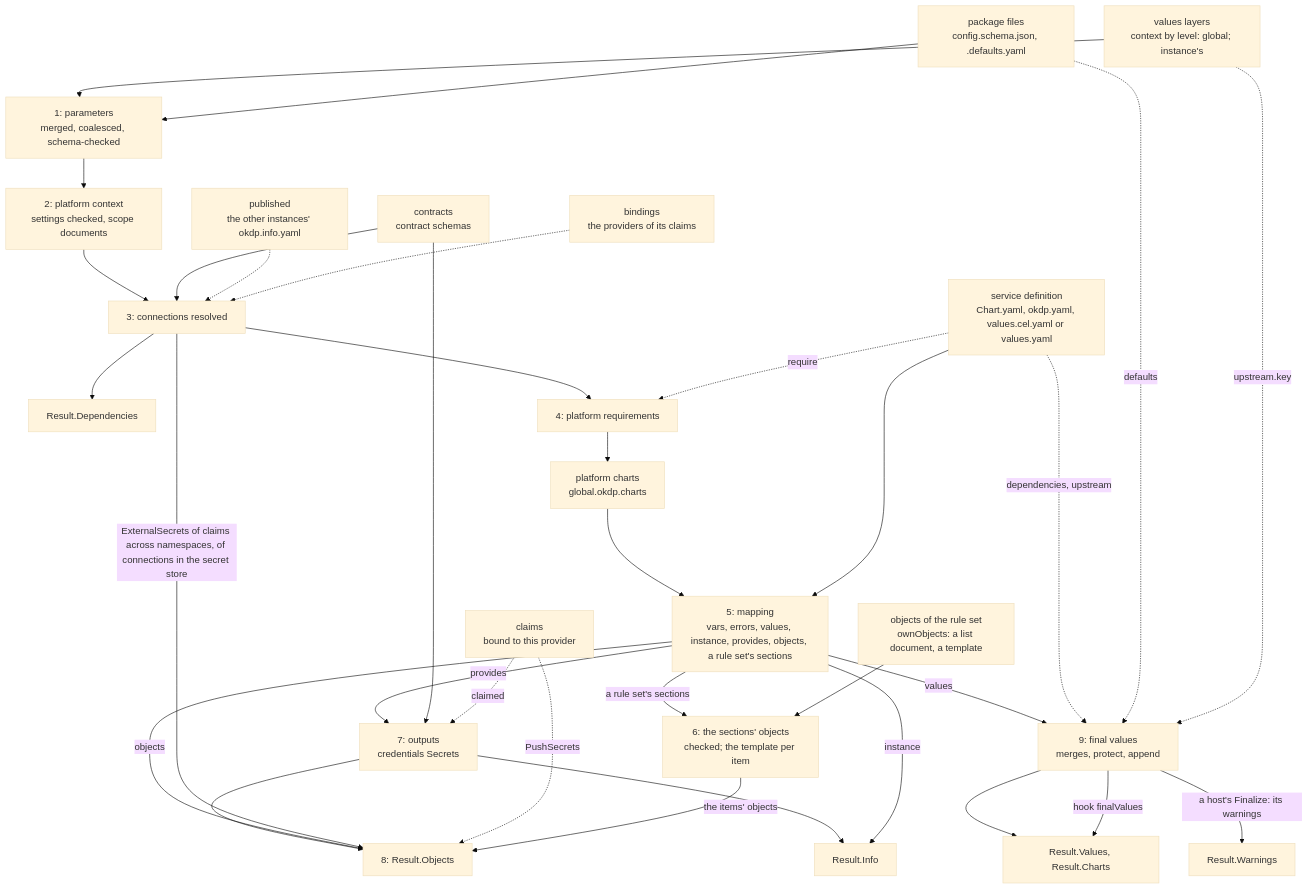
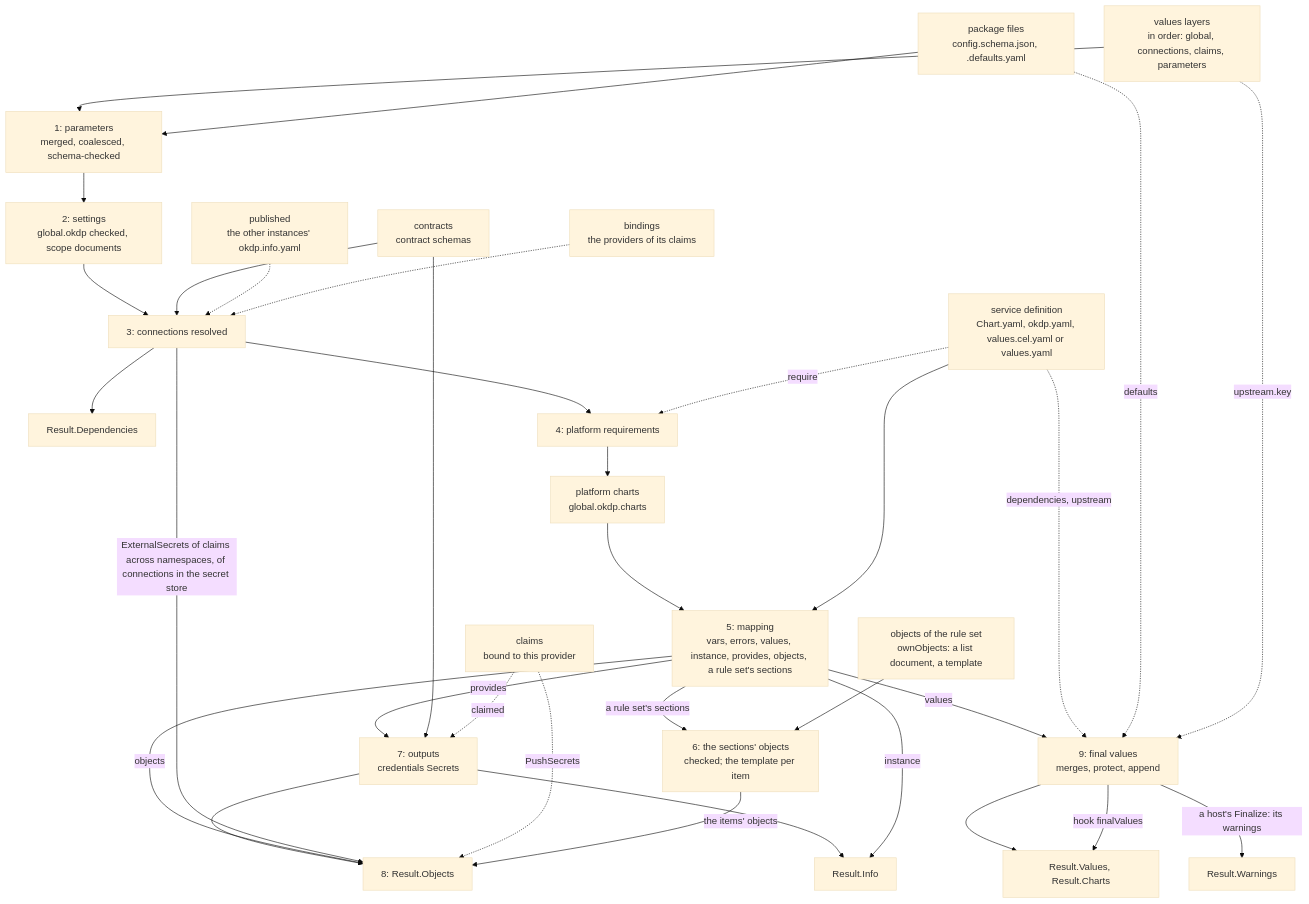
One commit to OKDP/okdp-compiler changed the diagram in docs/00_architecture.md. Above: the diagram before and after it, drawn with Mermaid (base theme). The commit also changed other lines of this file and 51 other files, not shown here.

Commit message:
refactor!: flat values: Inputs.Values alone, the levels, their checks and tables out, Inputs.Settings (global.okdp.access.groups for platform.access), class consent by claimers alone, CheckNamespace and SettingsOf

````diff
--- a/docs/00_architecture.md
+++ b/docs/00_architecture.md
@@ -80,44 +82,44 @@
 ```mermaid
 flowchart TD
   def["service definition<br/>Chart.yaml, okdp.yaml, values.cel.yaml or values.yaml"]
   pkg["package files<br/>config.schema.json, <key>.defaults.yaml"]
-  layers["values layers<br/>context by level: global; instance's"]
+  layers["values layers<br/>in order: global, connections, claims, parameters"]
   contracts["contracts<br/>contract schemas"]
   published["published<br/>the other instances' okdp.info.yaml"]
   bindings["bindings<br/>the providers of its claims"]
   claims["claims<br/>bound to this provider"]
   tmpl["objects of the rule set<br/>ownObjects: a list document, a template"]
 
   layers --> s1["1: parameters<br/>merged, coalesced, schema-checked"]
   pkg --> s1
-  s1 --> s2["2: platform context<br/>settings checked, scope documents"]
+  s1 --> s2["2: settings<br/>global.okdp checked, scope documents"]
   s2 --> s3["3: connections resolved"]
   contracts --> s3
   published -.-> s3
   bindings -.-> s3
   s3 --> deps["Result.Dependencies"]
   s3 --> s4["4: platform requirements"]
   def -. "require" .-> s4
   s4 --> pc["platform charts<br/>global.okdp.charts"]
   pc --> s5["5: mapping<br/>vars, errors, values, instance, provides, objects, a rule set's sections"]
   def --> s5
   s5 -- "a rule set's sections" --> s6["6: the sections' objects<br/>checked; the template per item"]
   tmpl --> s6
   s5 -- provides --> s7["7: outputs<br/>credentials Secrets"]
   contracts --> s7
   claims -. "claimed" .-> s7
   s7 --> inst["Result.Info"]
   s5 -- instance --> inst
   s7 --> s8["8: Result.Objects"]
   s5 -- objects --> s8
   s3 -- "ExternalSecrets of claims across namespaces, of connections in the secret store" --> s8
   claims -. "PushSecrets" .-> s8
   s5 -- values --> s9["9: final values<br/>merges, protect, append"]
   s6 -- "the items' objects" --> s8
   def -. "dependencies, upstream" .-> s9
   pkg -. defaults .-> s9
   layers -. "upstream.key" .-> s9
   s9 --> vals["Result.Values, Result.Charts"]
   s9 -- "a host's Finalize: its warnings" --> warn["Result.Warnings"]
   s9 -- "hook finalValues" --> vals
 ```
````
